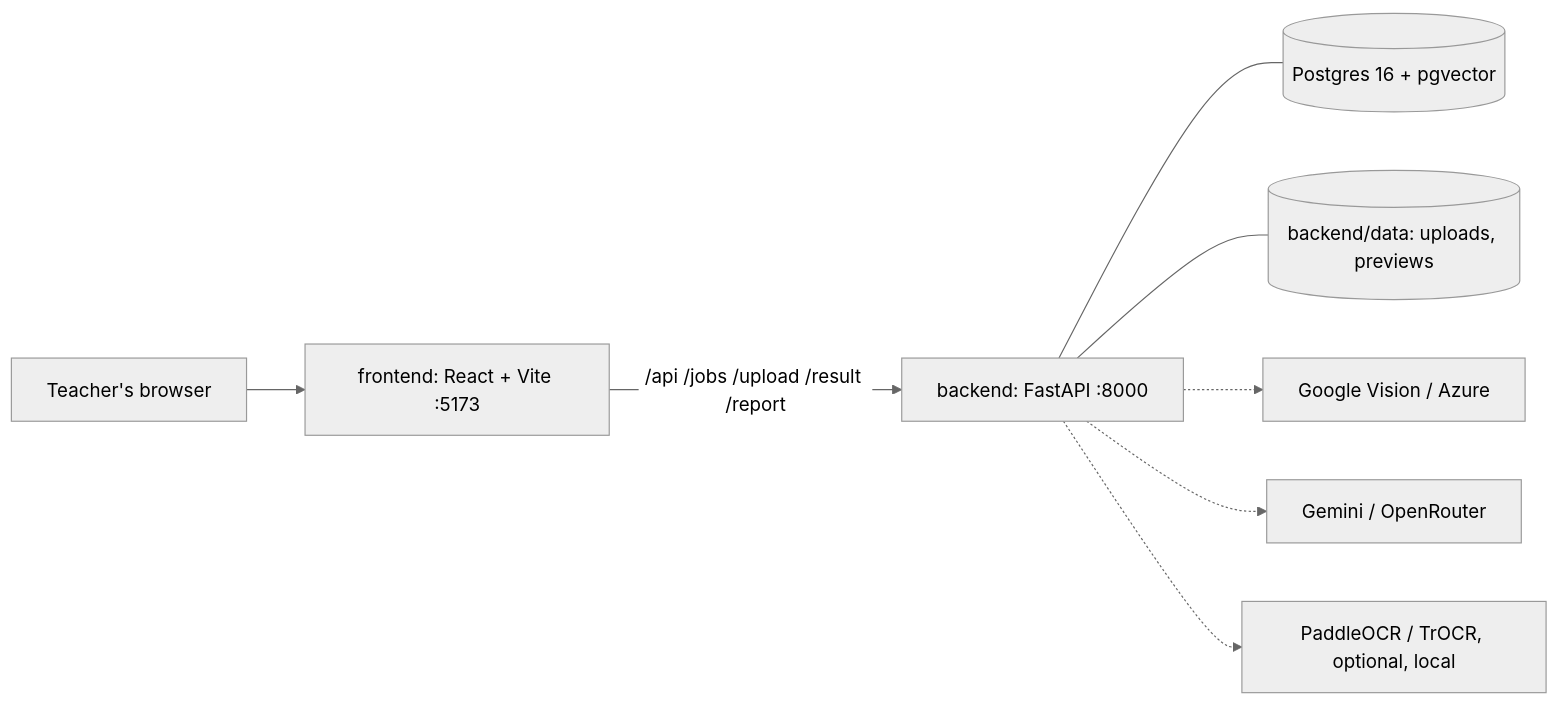
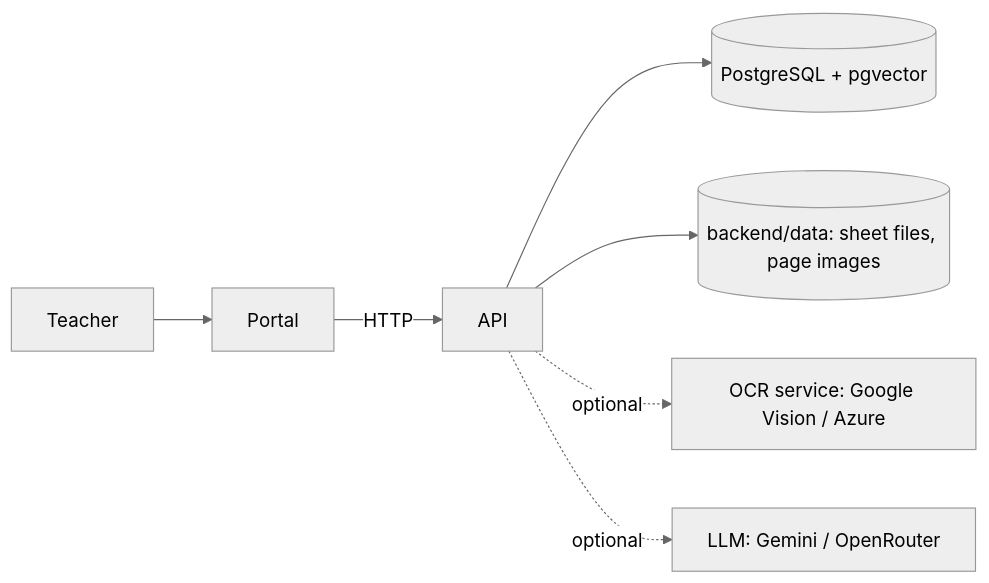
Before and after one commit to CloveCI/GRADE: the first of 2 diagrams in docs/architecture/overview.md, drawn with Mermaid (neutral theme). The commit also changed other lines of this file and 4 other files, not shown here.

First line of the commit message:
docs: rewrite the architecture overview and simplify the glossary, repo map and OCR runbook

````diff
--- a/docs/architecture/overview.md
+++ b/docs/architecture/overview.md
@@ -14,10 +25,9 @@
 ```mermaid
 flowchart LR
-  U[Teacher's browser] --> F[frontend: React + Vite :5173]
-  F -->|/api /jobs /upload /result /report| A[backend: FastAPI :8000]
-  A --- DB[(Postgres 16 + pgvector)]
-  A --- FS[(backend/data: uploads, previews)]
-  A -.-> OCR[Google Vision / Azure]
-  A -.-> LLM[Gemini / OpenRouter]
-  A -.-> LOC[PaddleOCR / TrOCR, optional, local]
+  T[Teacher] --> P[Portal]
+  P -->|HTTP| A[API]
+  A --> D[(PostgreSQL + pgvector)]
+  A --> F[(backend/data: sheet files, page images)]
+  A -.->|optional| O[OCR service: Google Vision / Azure]
+  A -.->|optional| L[LLM: Gemini / OpenRouter]
 ```
````
